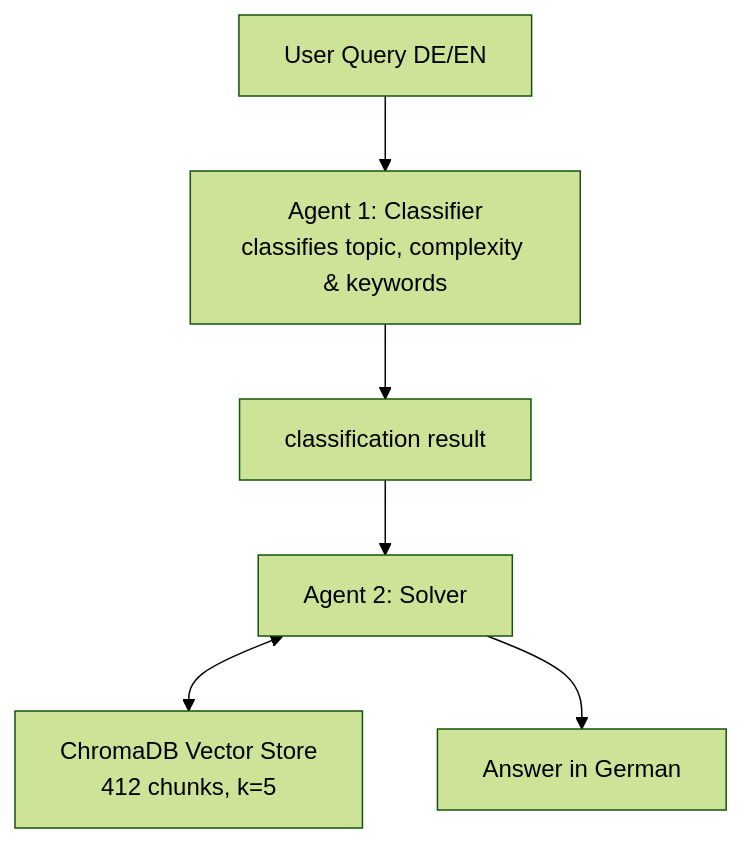
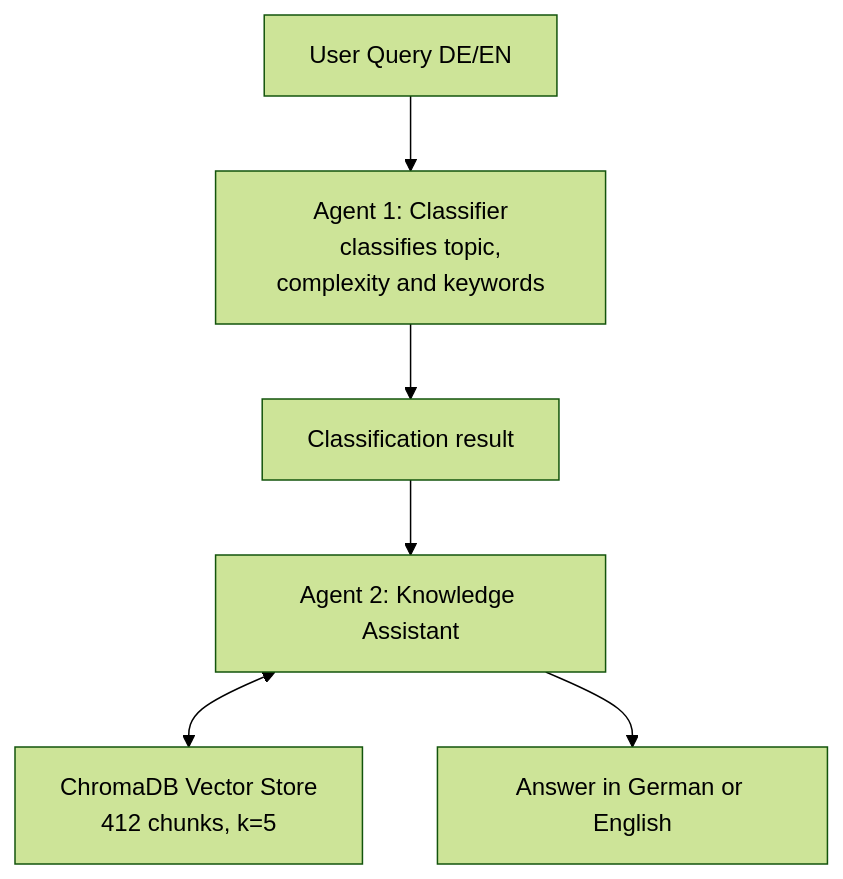
The diagram in README.md (divineteso-ai/ai-study-assistant), drawn with Mermaid (forest theme) before and after one commit. The commit also changed other lines of this file, not shown here.

````diff
--- a/README.md
+++ b/README.md
@@ -20,8 +23,10 @@
 ```mermaid
 flowchart TD
-    A[User Query DE/EN] --> B[Agent 1: Classifier\nclassifies topic, complexity & keywords]
-    B --> C[classification result]
-    C --> D[Agent 2: Solver]
-    D <--> E[ChromaDB Vector Store\n412 chunks, k=5]
-    D --> F[Answer in German]
+    A[User Query DE/EN] --> B[Agent 1: Classifier
+    classifies topic, complexity and keywords]
+    B --> C[Classification result]
+    C --> D[Agent 2: Knowledge Assistant]
+    D <--> E[ChromaDB Vector Store
+    412 chunks, k=5]
+    D --> F[Answer in German or English]
 ```
````
